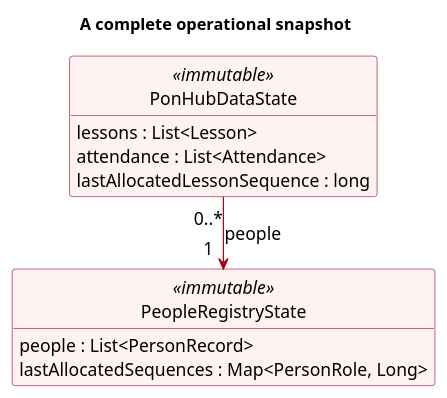
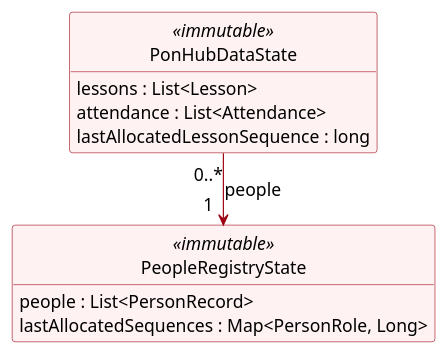
The diagram in docs/diagrams/DomainSnapshotStructure.puml (AY2627S1-CS2103T-F13-3/tp), drawn with PlantUML before and after one commit. The commit also changed 32 other files, not shown here.

Commit message:
Correct remaining UML notation and diagram context

```diff
--- a/docs/diagrams/DomainSnapshotStructure.puml
+++ b/docs/diagrams/DomainSnapshotStructure.puml
@@ -1,29 +1,28 @@
 @startuml
 ' Simplified domain draft by Vincent Lin with OpenAI Codex assistance.
 ' Self-contained source; renderer: PlantUML 1.2025.3.
 skinparam defaultFontName Arial
 skinparam defaultFontSize 15
 skinparam shadowing false
 skinparam classAttributeIconSize 0
 skinparam classBackgroundColor #FFF2F3
 skinparam classBorderColor #9D0012
 skinparam classArrowColor #9D0012
 skinparam noteBackgroundColor #FFFBE6
 skinparam noteBorderColor #777777
 skinparam nodesep 35
 skinparam ranksep 40
 hide circle
 hide empty members
 
-title A complete operational snapshot
 class PonHubDataState <<immutable>> {
   lessons : List<Lesson>
   attendance : List<Attendance>
   lastAllocatedLessonSequence : long
 }
 class PeopleRegistryState <<immutable>> {
   people : List<PersonRecord>
   lastAllocatedSequences : Map<PersonRole, Long>
 }
 PonHubDataState "0..*" -down-> "1<U+00A0><U+00A0>" PeopleRegistryState : people
 @enduml
```
